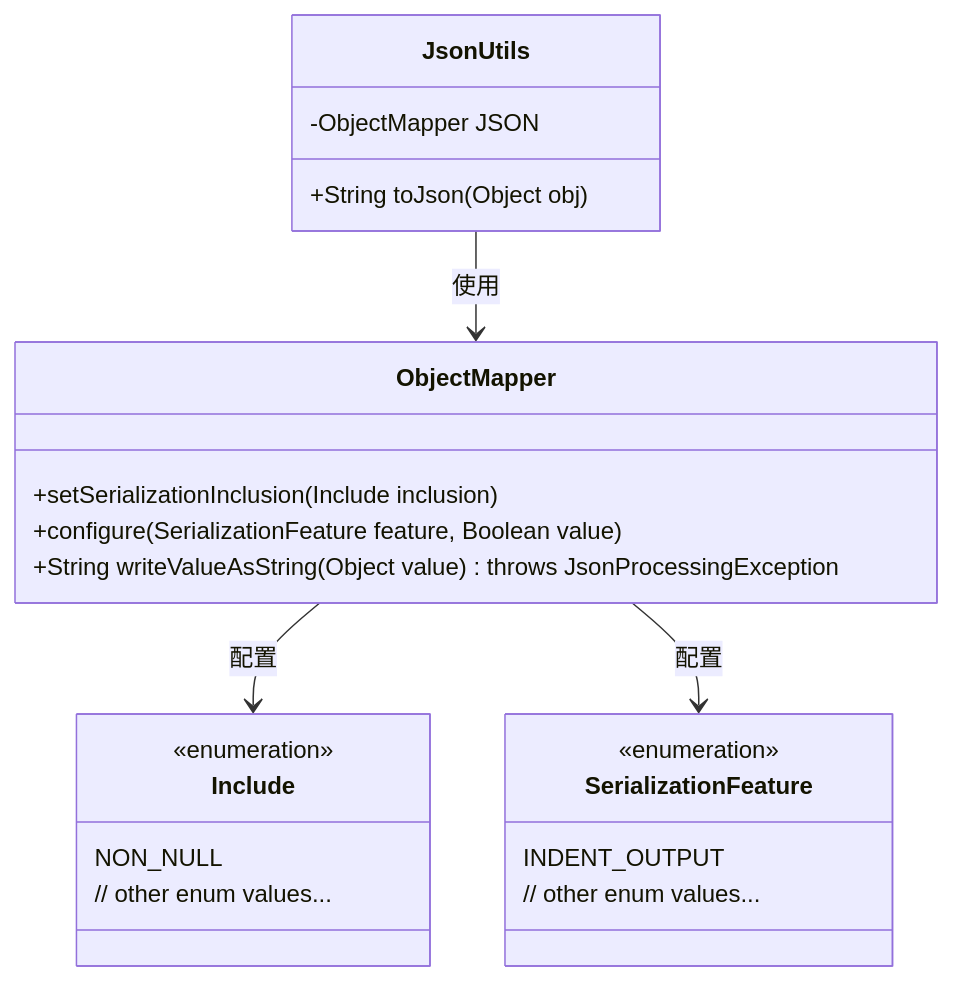
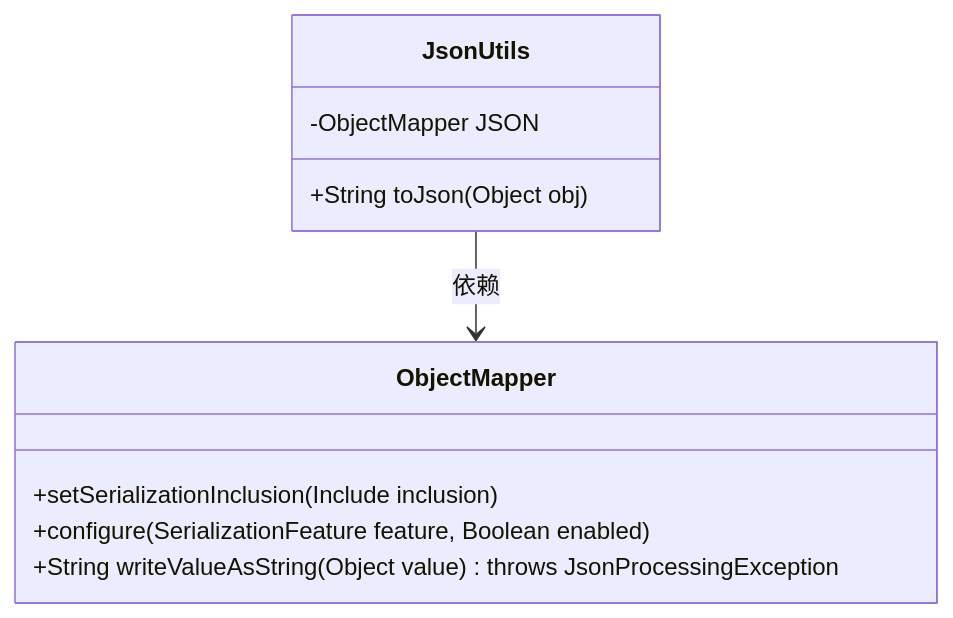
Before and after one commit to v-wjrong/rongwj666_weixin-java-miniapp-demo: the first of 2 diagrams in docs/zh/docs/src/main/java/com/github/binarywang/demo/wx/miniapp/utils/JsonUtils.md, drawn with Mermaid. The commit also changed other lines of this file and 46 other files, not shown here.

````diff
--- a/docs/zh/docs/src/main/java/com/github/binarywang/demo/wx/miniapp/utils/JsonUtils.md
+++ b/docs/zh/docs/src/main/java/com/github/binarywang/demo/wx/miniapp/utils/JsonUtils.md
@@ -36,29 +36,15 @@
 ```mermaid
 classDiagram
     class JsonUtils {
         -ObjectMapper JSON
         +String toJson(Object obj)
     }
 
     class ObjectMapper {
         +setSerializationInclusion(Include inclusion)
-        +configure(SerializationFeature feature, Boolean value)
+        +configure(SerializationFeature feature, Boolean enabled)
         +String writeValueAsString(Object value) throws JsonProcessingException
     }
 
-    class Include {
-        <<enumeration>>
-        NON_NULL
-        // other enum values...
-    }
-
-    class SerializationFeature {
-        <<enumeration>>
-        INDENT_OUTPUT
-        // other enum values...
-    }
-
-    JsonUtils --> ObjectMapper : 使用
-    ObjectMapper --> Include : 配置
-    ObjectMapper --> SerializationFeature : 配置
+    JsonUtils --> ObjectMapper : 依赖
 ```
````
